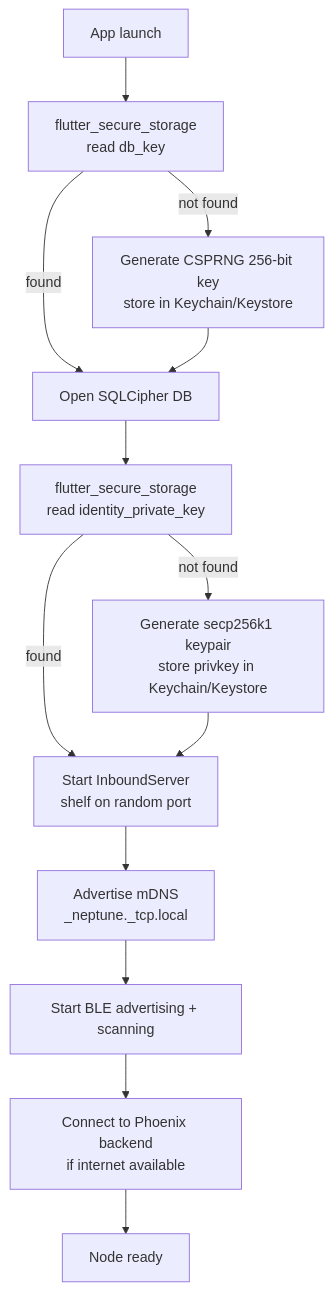
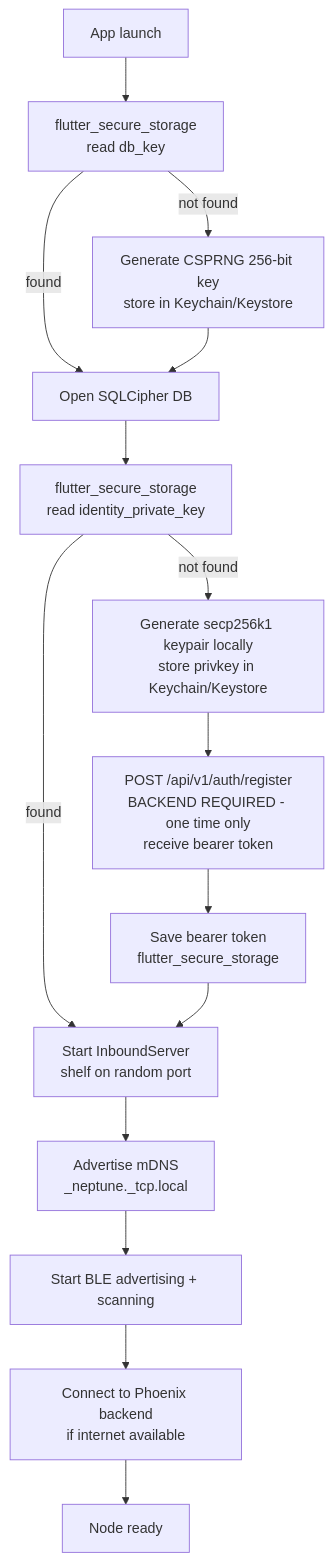
Before and after one commit to debojyoti452/neptune-chat: the seventh of 11 diagrams in docs/architecture.md, drawn with Mermaid. The commit also changed other lines of this file and 32 other files, not shown here.

````diff
--- a/docs/architecture.md
+++ b/docs/architecture.md
@@ -271,15 +271,17 @@
 ```mermaid
 flowchart TD
     START[App launch] --> READ_KEY[flutter_secure_storage\nread db_key]
     READ_KEY -- found --> OPEN_DB[Open SQLCipher DB]
     READ_KEY -- not found --> GEN_KEY[Generate CSPRNG 256-bit key\nstore in Keychain/Keystore]
     GEN_KEY --> OPEN_DB
     OPEN_DB --> READ_ID[flutter_secure_storage\nread identity_private_key]
     READ_ID -- found --> START_SERVER[Start InboundServer\nshelf on random port]
-    READ_ID -- not found --> GEN_ID[Generate secp256k1 keypair\nstore privkey in Keychain/Keystore]
-    GEN_ID --> START_SERVER
+    READ_ID -- not found --> GEN_ID[Generate secp256k1 keypair locally\nstore privkey in Keychain/Keystore]
+    GEN_ID --> REG[POST /api/v1/auth/register\nBACKEND REQUIRED - one time only\nreceive bearer token]
+    REG --> SAVE_TOKEN[Save bearer token\nflutter_secure_storage]
+    SAVE_TOKEN --> START_SERVER
     START_SERVER --> MDNS[Advertise mDNS\n_neptune._tcp.local]
     MDNS --> BLE[Start BLE advertising + scanning]
     BLE --> CONNECT[Connect to Phoenix backend\nif internet available]
     CONNECT --> READY[Node ready]
 ```
````
